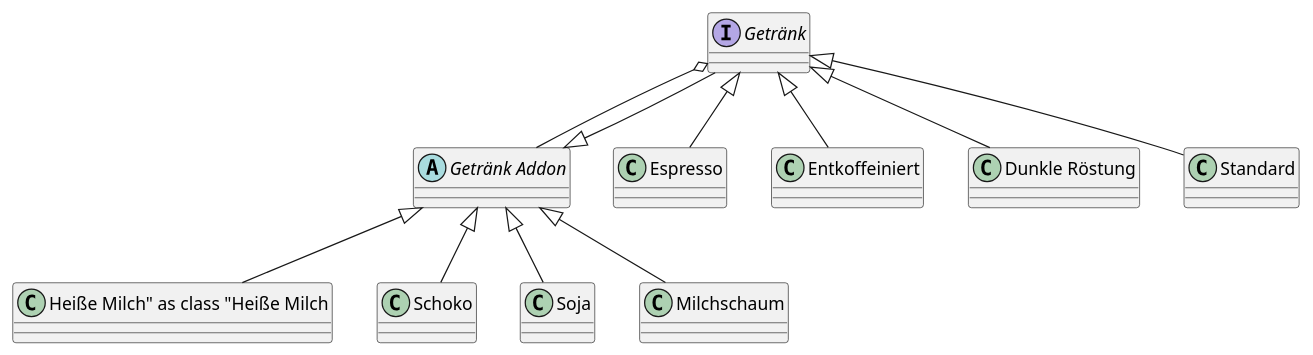
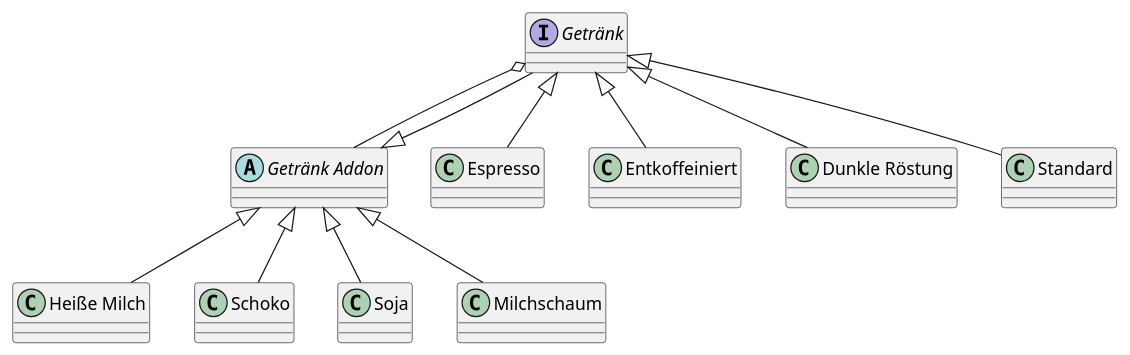
One commit to K1ntsugi/SoftwareEngineering_2_Vinf5 changed the diagram in uebung/1/a6_b.plantuml. Above: the diagram before and after it, drawn with PlantUML. The commit also changed 1 other file, not shown here.

```diff
--- a/uebung/1/a6_b.plantuml
+++ b/uebung/1/a6_b.plantuml
@@ -1,29 +1,29 @@
 @startuml Übungseinheit 1 Aufgabe 6 - Decorator
 
 interface "Getränk" as Decorator
 abstract class "Getränk Addon" as Component
 
-class "Heiße Milch" as class "Heiße Milch" as Concrete_Component_1
+class "Heiße Milch" as Concrete_Component_1
 class "Schoko" as Concrete_Component_2
 class "Soja" as Concrete_Component_3
 class "Milchschaum" as Concrete_Component_4
 
 class "Espresso" as Concrete_Decorator_1 
 class "Entkoffeiniert" as Concrete_Decorator_2
 class "Dunkle Röstung" as Concrete_Decorator_3
 class "Standard" as Concrete_Decorator_4
 
 
 Decorator o-- Component
 Component <|-- Decorator
 
 Component <|-- Concrete_Component_1
 Component <|-- Concrete_Component_2
 Component <|-- Concrete_Component_3
 Component <|-- Concrete_Component_4
 
 Decorator <|-- Concrete_Decorator_1
 Decorator <|-- Concrete_Decorator_2 
 Decorator <|-- Concrete_Decorator_3 
 Decorator <|-- Concrete_Decorator_4 
 @enduml
```
